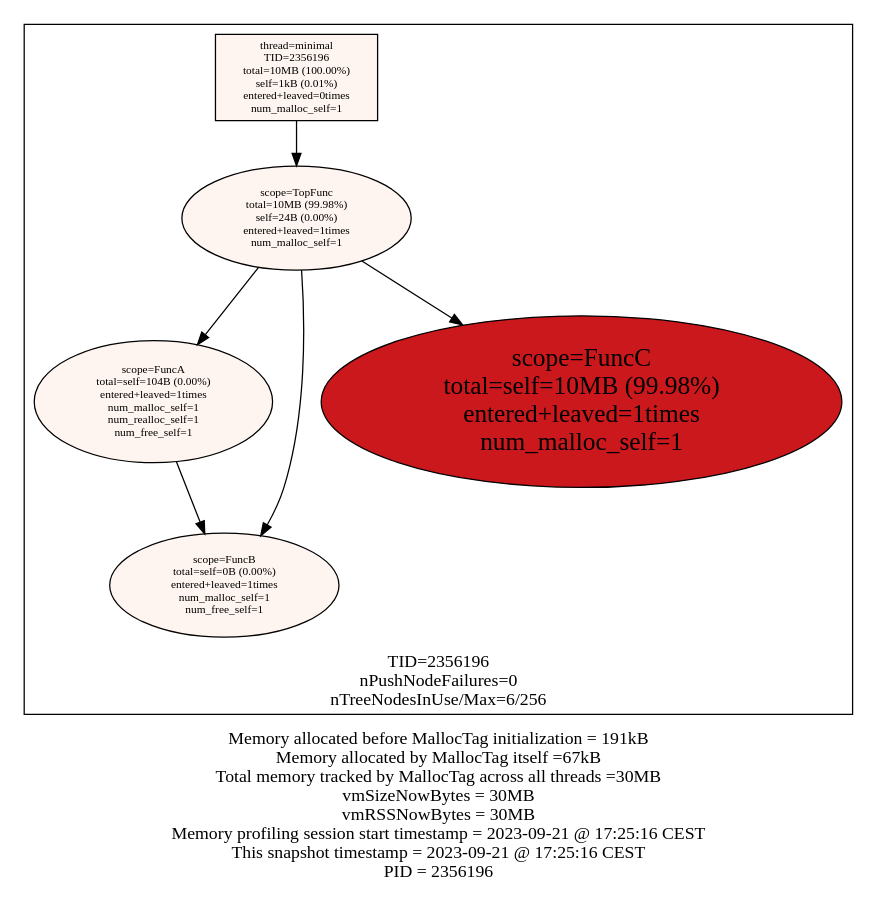
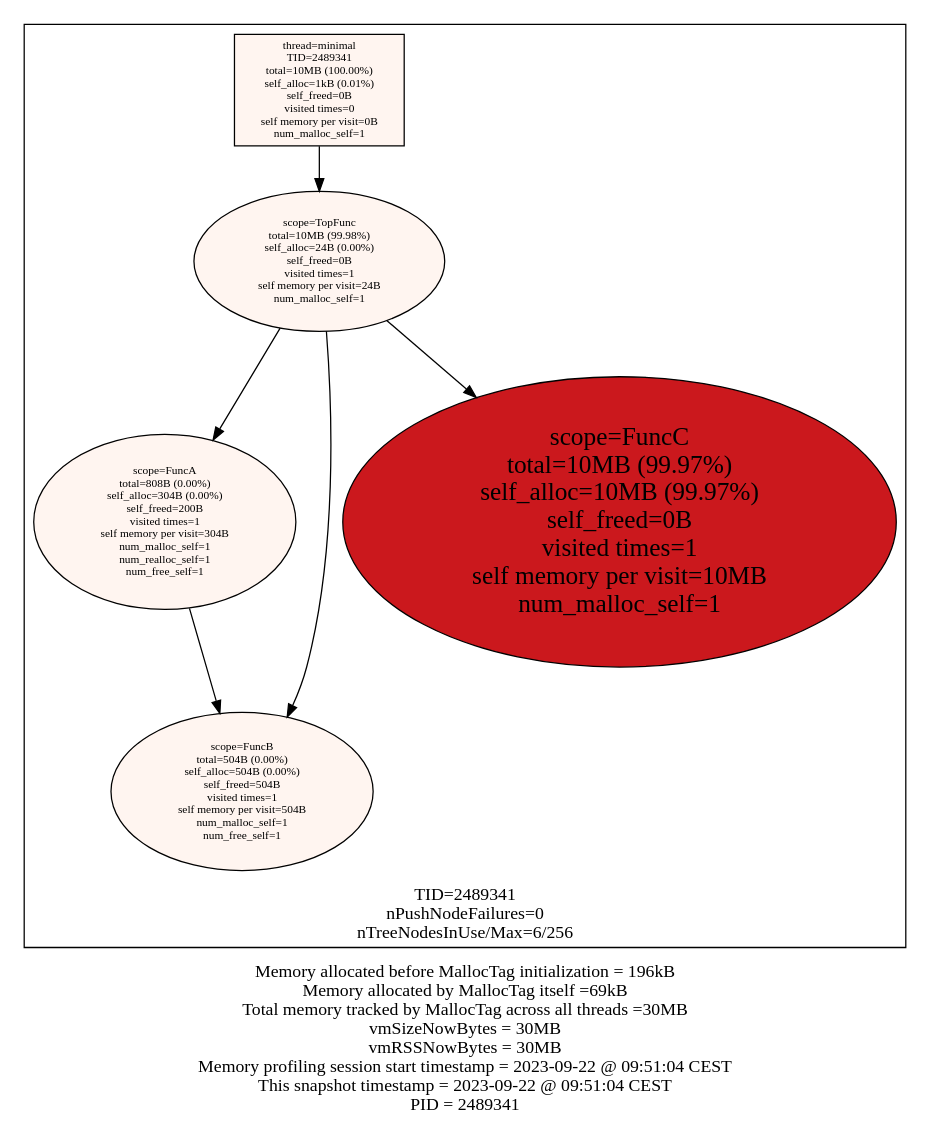
The diagram in examples/minimal/minimal_stats.dot (f18m/malloc-tag), drawn with Graphviz before and after one commit. The commit also changed 11 other files, not shown here.

```diff
--- a/examples/minimal/minimal_stats.dot
+++ b/examples/minimal/minimal_stats.dot
@@ -1,22 +1,22 @@
 digraph MallocTree {
  node [colorscheme=reds9 style=filled]
- subgraph cluster_TID2356196 {
+ subgraph cluster_TID2489341 {
   node [colorscheme=reds9 style=filled]
   labelloc="b"
-  label="TID=2356196\nnPushNodeFailures=0\nnTreeNodesInUse/Max=6/256\n"
-  "2356196_minimal" [label="thread=minimal\nTID=2356196\ntotal=10MB (100.00%)\nself=1kB (0.01%)\nentered+leaved=0times\nnum_malloc_self=1" shape=box fillcolor=1 fontsize=9]
-  "2356196_minimal" -> "2356196_TopFunc"
-  "2356196_TopFunc" [label="scope=TopFunc\ntotal=10MB (99.98%)\nself=24B (0.00%)\nentered+leaved=1times\nnum_malloc_self=1" fillcolor=1 fontsize=9]
-  "2356196_TopFunc" -> "2356196_FuncA"
-  "2356196_TopFunc" -> "2356196_FuncB"
-  "2356196_TopFunc" -> "2356196_FuncC"
-  "2356196_FuncA" [label="scope=FuncA\ntotal=self=104B (0.00%)\nentered+leaved=1times\nnum_malloc_self=1\nnum_realloc_self=1\nnum_free_self=1" fillcolor=1 fontsize=9]
-  "2356196_FuncA" -> "2356196_FuncB"
-  "2356196_FuncB" [label="scope=FuncB\ntotal=self=0B (0.00%)\nentered+leaved=1times\nnum_malloc_self=1\nnum_free_self=1" fillcolor=1 fontsize=9]
-  "2356196_FuncB" [label="scope=FuncB\ntotal=self=0B (0.00%)\nentered+leaved=1times\nnum_malloc_self=1\nnum_free_self=1" fillcolor=1 fontsize=9]
-  "2356196_FuncC" [label="scope=FuncC\ntotal=self=10MB (99.98%)\nentered+leaved=1times\nnum_malloc_self=1" fillcolor=7 fontsize=20]
+  label="TID=2489341\nnPushNodeFailures=0\nnTreeNodesInUse/Max=6/256\n"
+  "2489341_minimal" [label="thread=minimal\nTID=2489341\ntotal=10MB (100.00%)\nself_alloc=1kB (0.01%)\nself_freed=0B\nvisited times=0\nself memory per visit=0B\nnum_malloc_self=1" shape=box fillcolor=1 fontsize=9]
+  "2489341_minimal" -> "2489341_TopFunc"
+  "2489341_TopFunc" [label="scope=TopFunc\ntotal=10MB (99.98%)\nself_alloc=24B (0.00%)\nself_freed=0B\nvisited times=1\nself memory per visit=24B\nnum_malloc_self=1" fillcolor=1 fontsize=9]
+  "2489341_TopFunc" -> "2489341_FuncA"
+  "2489341_TopFunc" -> "2489341_FuncB"
+  "2489341_TopFunc" -> "2489341_FuncC"
+  "2489341_FuncA" [label="scope=FuncA\ntotal=808B (0.00%)\nself_alloc=304B (0.00%)\nself_freed=200B\nvisited times=1\nself memory per visit=304B\nnum_malloc_self=1\nnum_realloc_self=1\nnum_free_self=1" fillcolor=1 fontsize=9]
+  "2489341_FuncA" -> "2489341_FuncB"
+  "2489341_FuncB" [label="scope=FuncB\ntotal=504B (0.00%)\nself_alloc=504B (0.00%)\nself_freed=504B\nvisited times=1\nself memory per visit=504B\nnum_malloc_self=1\nnum_free_self=1" fillcolor=1 fontsize=9]
+  "2489341_FuncB" [label="scope=FuncB\ntotal=504B (0.00%)\nself_alloc=504B (0.00%)\nself_freed=504B\nvisited times=1\nself memory per visit=504B\nnum_malloc_self=1\nnum_free_self=1" fillcolor=1 fontsize=9]
+  "2489341_FuncC" [label="scope=FuncC\ntotal=10MB (99.97%)\nself_alloc=10MB (99.97%)\nself_freed=0B\nvisited times=1\nself memory per visit=10MB\nnum_malloc_self=1" fillcolor=7 fontsize=20]
  }
 
  labelloc="b"
- label="Memory allocated before MallocTag initialization = 191kB\nMemory allocated by MallocTag itself =67kB\nTotal memory tracked by MallocTag across all threads =30MB\nvmSizeNowBytes = 30MB\nvmRSSNowBytes = 30MB\nMemory profiling session start timestamp = 2023-09-21 @ 17:25:16 CEST\nThis snapshot timestamp = 2023-09-21 @ 17:25:16 CEST\nPID = 2356196\n"
+ label="Memory allocated before MallocTag initialization = 196kB\nMemory allocated by MallocTag itself =69kB\nTotal memory tracked by MallocTag across all threads =30MB\nvmSizeNowBytes = 30MB\nvmRSSNowBytes = 30MB\nMemory profiling session start timestamp = 2023-09-22 @ 09:51:04 CEST\nThis snapshot timestamp = 2023-09-22 @ 09:51:04 CEST\nPID = 2489341\n"
 }
```
